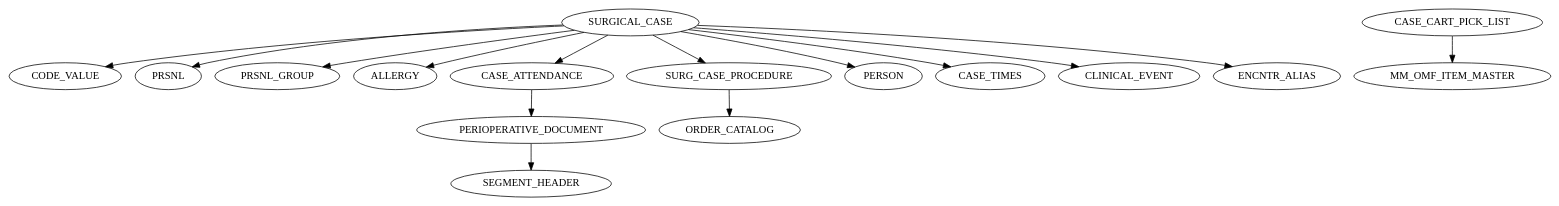
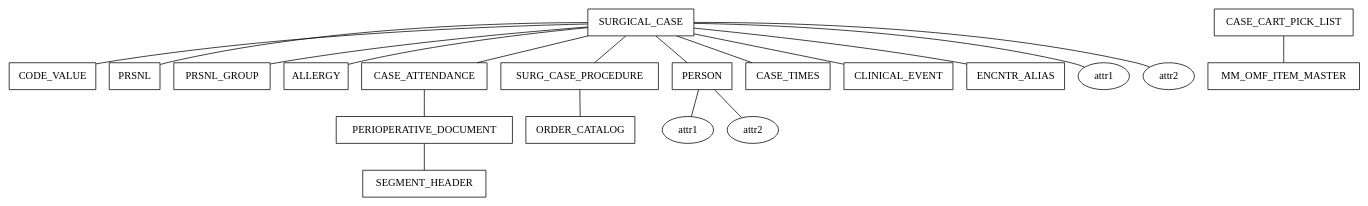
Before and after one commit to GabeSchaffer/LiveData-queries: the diagram in dot/Cases-Query.dot, drawn with Graphviz. The commit also changed 3 other files, not shown here.

```diff
--- a/dot/Cases-Query.dot
+++ b/dot/Cases-Query.dot
@@ -1,32 +1,53 @@
 digraph {
-    SURGICAL_CASE [label=SURGICAL_CASE]
-    CODE_VALUE [label=CODE_VALUE]
-    PRSNL [label=PRSNL]
-    PRSNL_GROUP [label=PRSNL_GROUP]
-    ALLERGY [label=ALLERGY]
-    CASE_ATTENDANCE [label=CASE_ATTENDANCE]
-    PERIOPERATIVE_DOCUMENT [label=PERIOPERATIVE_DOCUMENT]
-    SEGMENT_HEADER [label=SEGMENT_HEADER]
-    SURG_CASE_PROCEDURE [label=SURG_CASE_PROCEDURE]
-    ORDER_CATALOG [label=ORDER_CATALOG]
-    PERSON [label=PERSON]
-    CASE_TIMES [label=CASE_TIMES]
-    CLINICAL_EVENT [label=CLINICAL_EVENT]
-    ENCNTR_ALIAS [label=ENCNTR_ALIAS]
-    MM_OMF_ITEM_MASTER [label=MM_OMF_ITEM_MASTER]
-    CASE_CART_PICK_LIST [label=CASE_CART_PICK_LIST]
+    node [shape=box];  // Tables are represented as boxes
+    edge [arrowhead=none];  // Relationships don't have arrowheads
+
+    // Table nodes
+    SURGICAL_CASE [label="SURGICAL_CASE"]
+    CODE_VALUE [label="CODE_VALUE"]
+    PRSNL [label="PRSNL"]
+    PRSNL_GROUP [label="PRSNL_GROUP"]
+    ALLERGY [label="ALLERGY"]
+    CASE_ATTENDANCE [label="CASE_ATTENDANCE"]
+    PERIOPERATIVE_DOCUMENT [label="PERIOPERATIVE_DOCUMENT"]
+    SEGMENT_HEADER [label="SEGMENT_HEADER"]
+    SURG_CASE_PROCEDURE [label="SURG_CASE_PROCEDURE"]
+    ORDER_CATALOG [label="ORDER_CATALOG"]
+    PERSON [label="PERSON"]
+    CASE_TIMES [label="CASE_TIMES"]
+    CLINICAL_EVENT [label="CLINICAL_EVENT"]
+    ENCNTR_ALIAS [label="ENCNTR_ALIAS"]
+    MM_OMF_ITEM_MASTER [label="MM_OMF_ITEM_MASTER"]
+    CASE_CART_PICK_LIST [label="CASE_CART_PICK_LIST"]
+
+    // Attribute nodes for SURGICAL_CASE
+    node [shape=ellipse];  // Attributes are represented as ellipses
+    SC_attr1 [label="attr1"]
+    SC_attr2 [label="attr2"]
+
+    // Attribute nodes for PERSON
+    P_attr1 [label="attr1"]
+    P_attr2 [label="attr2"]
+
+    // Table to attribute relationships
+    SURGICAL_CASE -> SC_attr1
+    SURGICAL_CASE -> SC_attr2
+    PERSON -> P_attr1
+    PERSON -> P_attr2
+
+    // Table relationships
     SURGICAL_CASE -> CODE_VALUE
     SURGICAL_CASE -> PRSNL
     SURGICAL_CASE -> PRSNL_GROUP
     SURGICAL_CASE -> ALLERGY
     SURGICAL_CASE -> CASE_ATTENDANCE
     CASE_ATTENDANCE -> PERIOPERATIVE_DOCUMENT
     PERIOPERATIVE_DOCUMENT -> SEGMENT_HEADER
     SURGICAL_CASE -> SURG_CASE_PROCEDURE
     SURG_CASE_PROCEDURE -> ORDER_CATALOG
     SURGICAL_CASE -> PERSON
     SURGICAL_CASE -> CASE_TIMES
     SURGICAL_CASE -> CLINICAL_EVENT
     SURGICAL_CASE -> ENCNTR_ALIAS
     CASE_CART_PICK_LIST -> MM_OMF_ITEM_MASTER
 }
```
